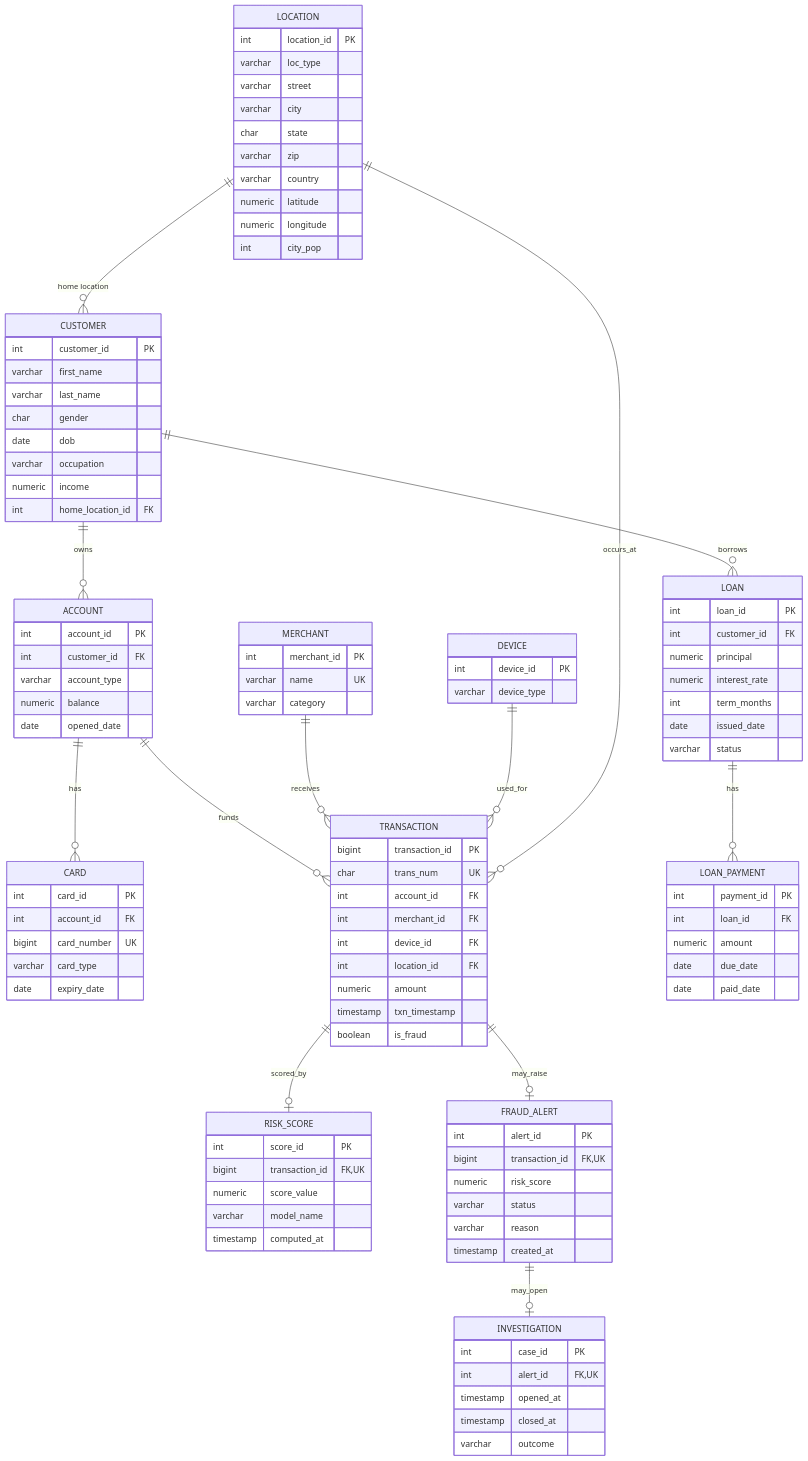
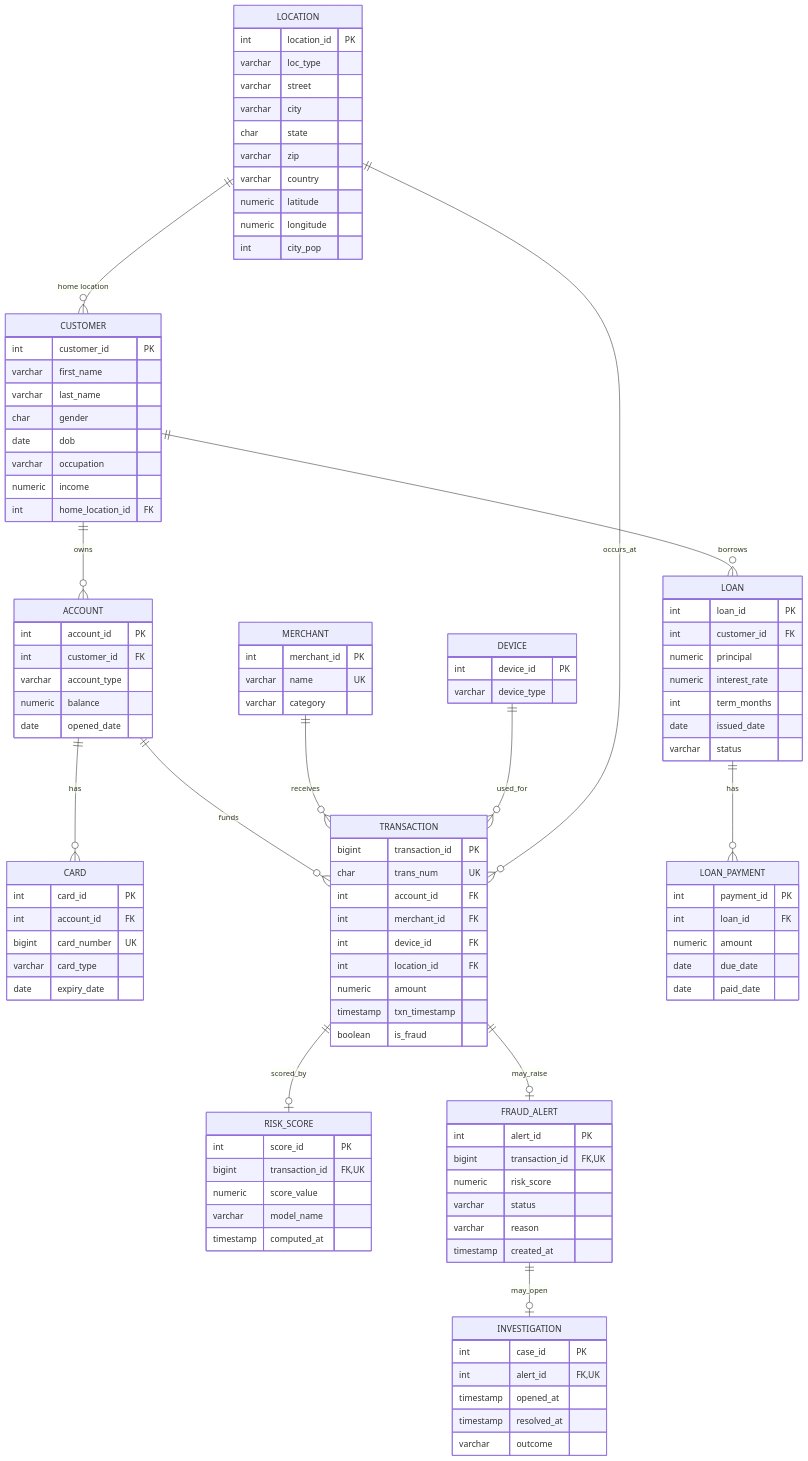
The diagram in ER_DIAGRAM.md (SKNOMERCY/dbms), drawn with Mermaid before and after one commit. The commit also changed other lines of this file and 17 other files, not shown here.

```diff
--- a/ER_DIAGRAM.md
+++ b/ER_DIAGRAM.md
@@ -79,7 +79,7 @@
         int case_id PK
         int alert_id FK, UK
         timestamp opened_at
-        timestamp closed_at
+        timestamp resolved_at
         varchar outcome
     }
     LOAN {
```
